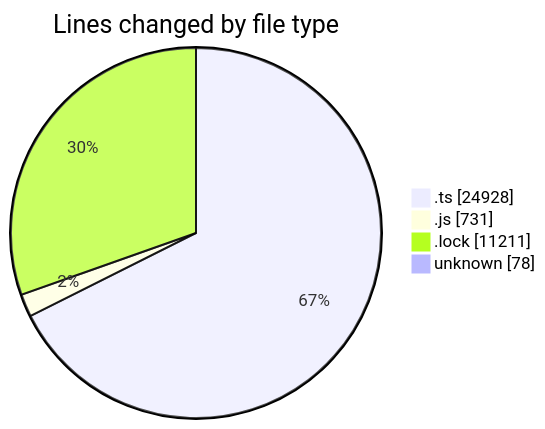
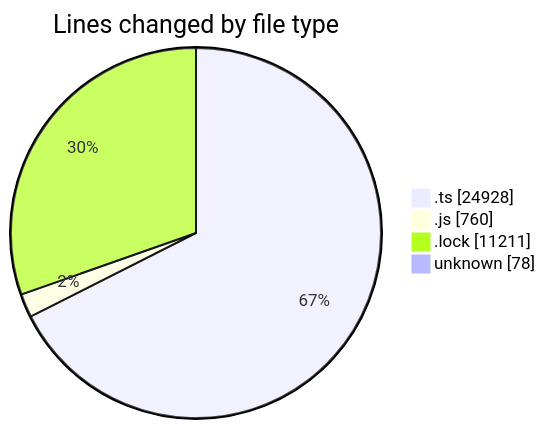
One commit to momahboobian/code-tracking changed the first of 2 diagrams in 2025-05-20/cda/README.md. Above: the diagram before and after it, drawn with Mermaid. The commit also changed other lines of this file and 1 other file, not shown here.

````diff
--- a/2025-05-20/cda/README.md
+++ b/2025-05-20/cda/README.md
@@ -35,8 +36,8 @@
 ```mermaid
 pie showData
 title Lines changed by file type
 ".ts" : 24928
-".js" : 731
+".js" : 760
 ".lock" : 11211
 "unknown" : 78
 ```
````
